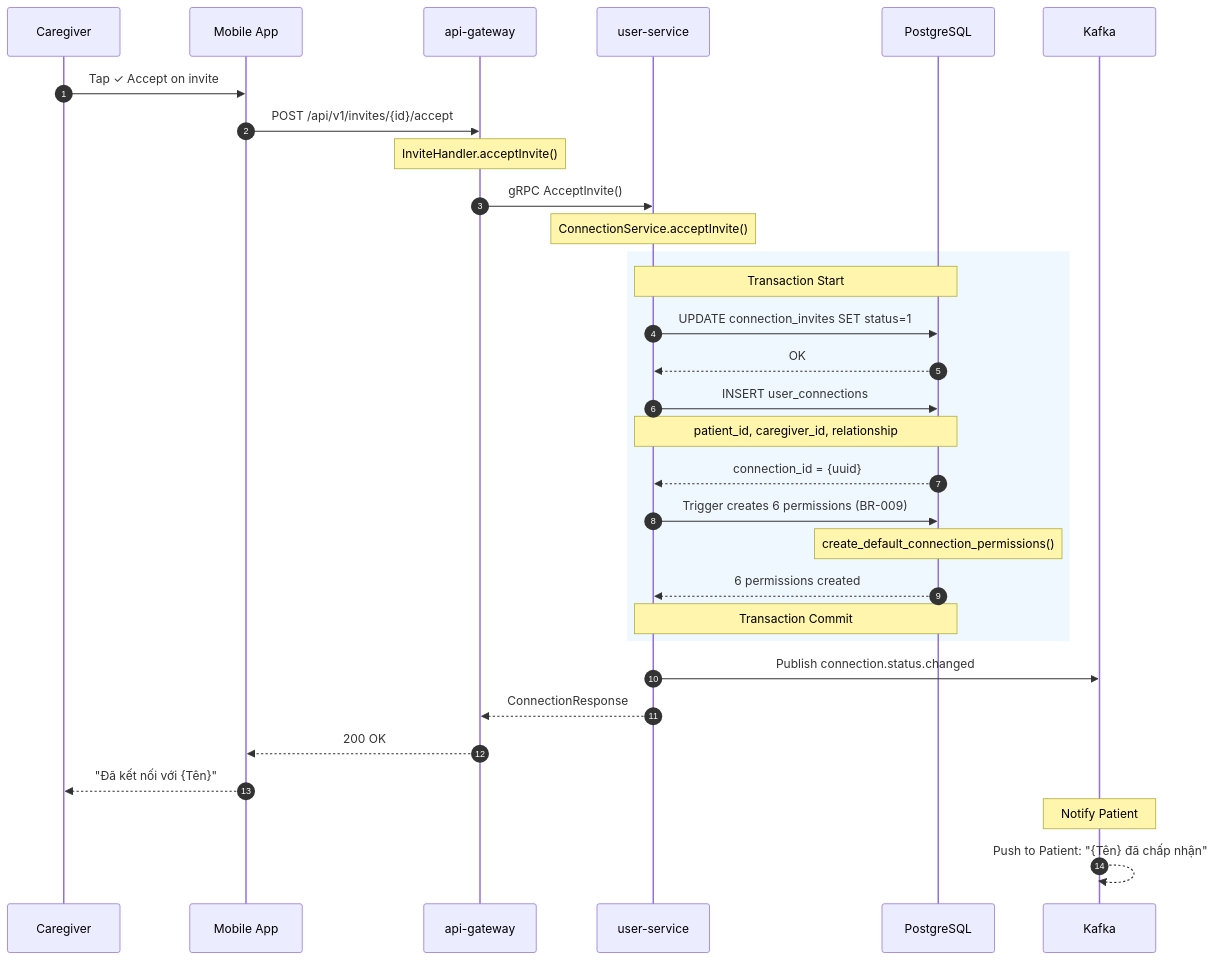
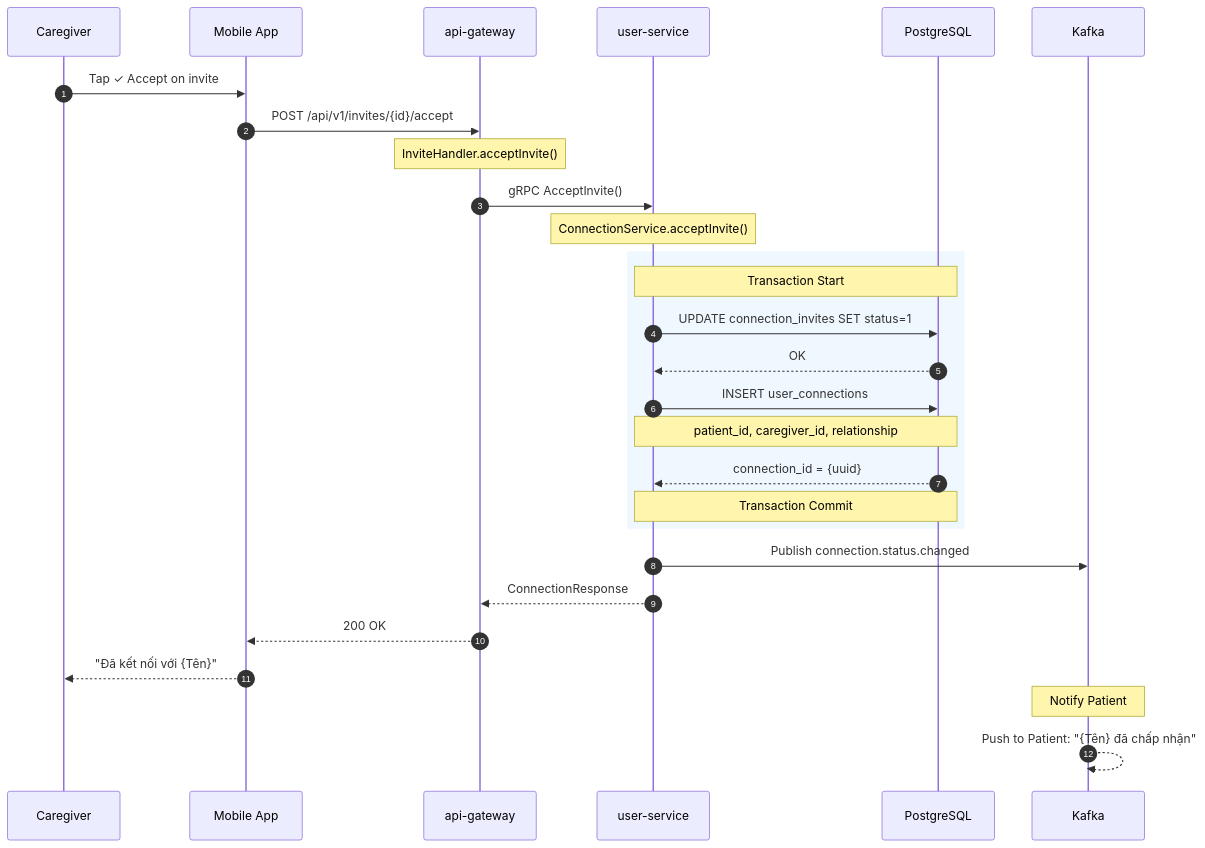
The second of 11 diagrams in nguoi_than/features/ket_noi_nguoi_than/02_planning/sequence-diagram.md (huynv-osp/kolia-huynv-local), drawn with Mermaid before and after one commit.

Commit message:
refactor: :recycle:  update doc tuân thủ

````diff
--- a/nguoi_than/features/ket_noi_nguoi_than/02_planning/sequence-diagram.md
+++ b/nguoi_than/features/ket_noi_nguoi_than/02_planning/sequence-diagram.md
@@ -70,43 +70,39 @@
 ```mermaid
 sequenceDiagram
     autonumber
     participant CG as Caregiver
     participant App as Mobile App
     participant GW as api-gateway
     participant US as user-service
     participant DB as PostgreSQL
     participant Kafka as Kafka
 
     CG->>App: Tap ✓ Accept on invite
     App->>GW: POST /api/v1/invites/{id}/accept
     Note over GW: InviteHandler.acceptInvite()
     
     GW->>US: gRPC AcceptInvite()
     Note over US: ConnectionService.acceptInvite()
     
     rect rgb(240, 248, 255)
         Note over US,DB: Transaction Start
         
         US->>DB: UPDATE connection_invites SET status=1
         DB-->>US: OK
         
         US->>DB: INSERT user_connections
         Note over US,DB: patient_id, caregiver_id, relationship
         DB-->>US: connection_id = {uuid}
-        
-        US->>DB: Trigger creates 6 permissions (BR-009)
-        Note over DB: create_default_connection_permissions()
-        DB-->>US: 6 permissions created
-        
+                
         Note over US,DB: Transaction Commit
     end
     
     US->>Kafka: Publish connection.status.changed
     
     US-->>GW: ConnectionResponse
     GW-->>App: 200 OK
     App-->>CG: "Đã kết nối với {Tên}"
     
     Note over Kafka: Notify Patient
     Kafka-->>Kafka: Push to Patient: "{Tên} đã chấp nhận"
 ```
````
